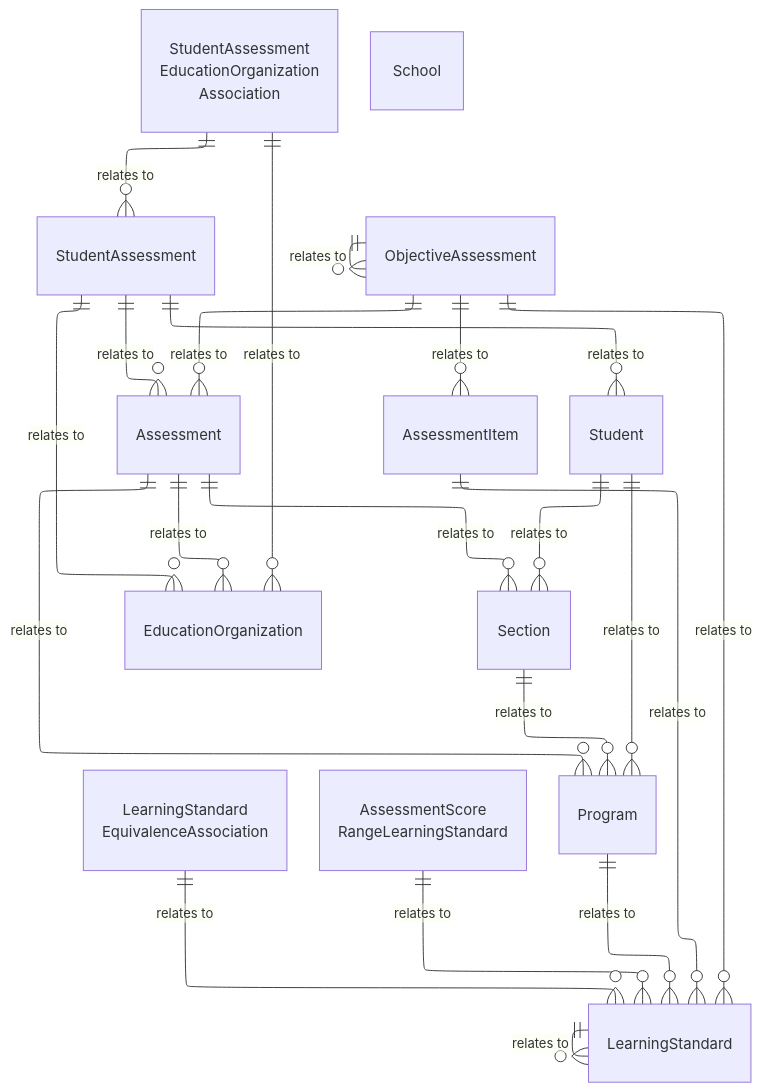
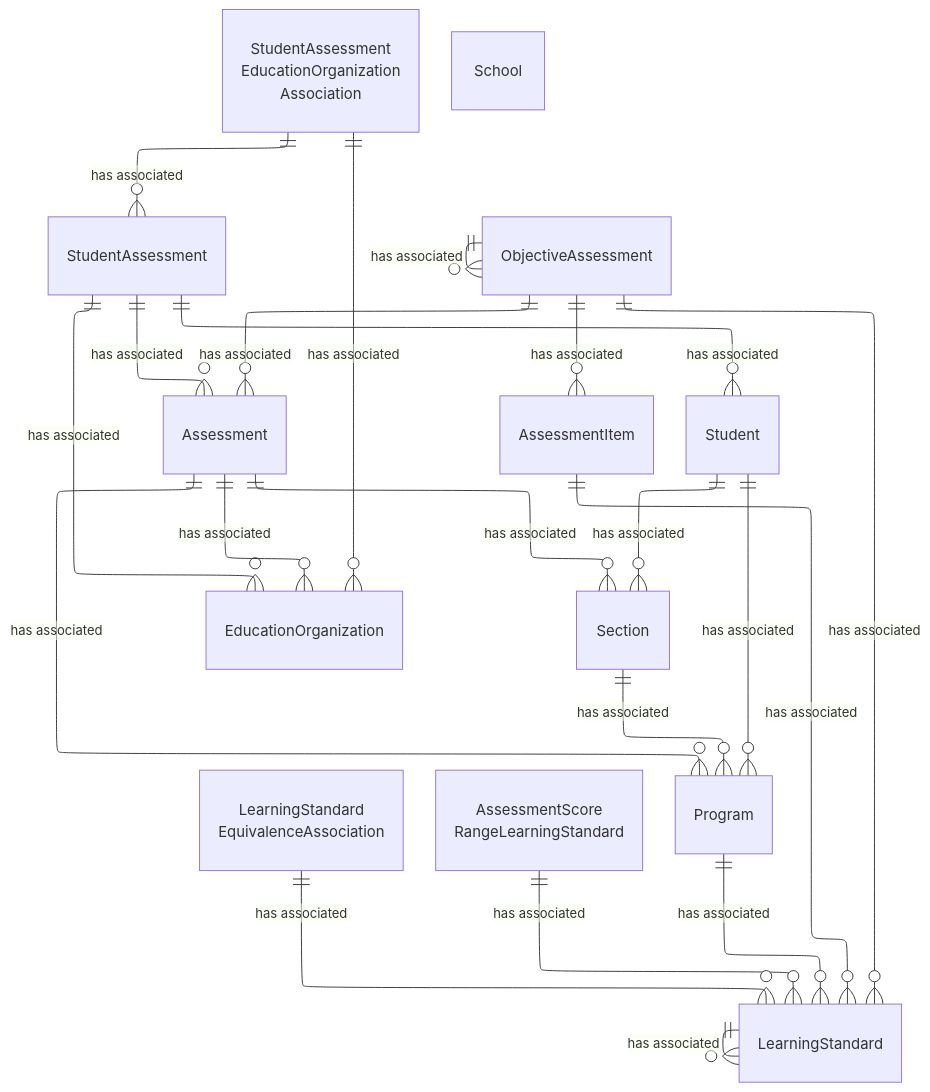
The first of 4 diagrams in dataStandard_versioned_docs/version-6/model-reference/assessment-domain/model-diagrams.md (Ed-Fi-Alliance-OSS/ed-fi-alliance-oss.github.io), drawn with Mermaid before and after one commit. The commit also changed other lines of this file and 24 other files, not shown here.

````diff
--- a/dataStandard_versioned_docs/version-6/model-reference/assessment-domain/model-diagrams.md
+++ b/dataStandard_versioned_docs/version-6/model-reference/assessment-domain/model-diagrams.md
@@ -13,53 +13,53 @@
 ```mermaid
 ---
 config:
   layout: elk
 ---
 erDiagram
     Assessment {
     }
     StudentAssessment {
     }
     ObjectiveAssessment {
     }
     AssessmentItem {
     }
     LearningStandard {
     }
     LearningStandardEquivalenceAssociation["LearningStandard<br/>EquivalenceAssociation"] {
     }
     AssessmentScoreRangeLearningStandard["AssessmentScore<br/>RangeLearningStandard"] {
     }
     StudentAssessmentEducationOrganizationAssociation["StudentAssessment<br/>EducationOrganization<br/>Association"] {
     }
     Student {
     }
     EducationOrganization {
     }
     Section {
     }
     Program {
     }
     School {
     }
-    StudentAssessment ||--o{ Student : "relates to"
-    StudentAssessment ||--o{ Assessment : "relates to"
-    StudentAssessment ||--o{ EducationOrganization : "relates to"
-    StudentAssessmentEducationOrganizationAssociation ||--o{ StudentAssessment : "relates to"
-    StudentAssessmentEducationOrganizationAssociation ||--o{ EducationOrganization : "relates to"
-    Assessment ||--o{ EducationOrganization : "relates to"
-    Assessment ||--o{ Section : "relates to"
-    Assessment ||--o{ Program : "relates to"
-    ObjectiveAssessment ||--o{ Assessment : "relates to"
-    ObjectiveAssessment ||--o{ ObjectiveAssessment : "relates to"
-    ObjectiveAssessment ||--o{ AssessmentItem : "relates to"
-    ObjectiveAssessment ||--o{ LearningStandard : "relates to"
-    AssessmentItem ||--o{ LearningStandard : "relates to"
-    AssessmentScoreRangeLearningStandard ||--o{ LearningStandard : "relates to"
-    LearningStandardEquivalenceAssociation ||--o{ LearningStandard : "relates to"
-    LearningStandard ||--o{ LearningStandard : "relates to"
-    Program ||--o{ LearningStandard : "relates to"
-    Section ||--o{ Program : "relates to"
-    Student ||--o{ Section : "relates to"
-    Student ||--o{ Program : "relates to"
+    StudentAssessment ||--o{ Student : "has associated"
+    StudentAssessment ||--o{ Assessment : "has associated"
+    StudentAssessment ||--o{ EducationOrganization : "has associated"
+    StudentAssessmentEducationOrganizationAssociation ||--o{ StudentAssessment : "has associated"
+    StudentAssessmentEducationOrganizationAssociation ||--o{ EducationOrganization : "has associated"
+    Assessment ||--o{ EducationOrganization : "has associated"
+    Assessment ||--o{ Section : "has associated"
+    Assessment ||--o{ Program : "has associated"
+    ObjectiveAssessment ||--o{ Assessment : "has associated"
+    ObjectiveAssessment ||--o{ ObjectiveAssessment : "has associated"
+    ObjectiveAssessment ||--o{ AssessmentItem : "has associated"
+    ObjectiveAssessment ||--o{ LearningStandard : "has associated"
+    AssessmentItem ||--o{ LearningStandard : "has associated"
+    AssessmentScoreRangeLearningStandard ||--o{ LearningStandard : "has associated"
+    LearningStandardEquivalenceAssociation ||--o{ LearningStandard : "has associated"
+    LearningStandard ||--o{ LearningStandard : "has associated"
+    Program ||--o{ LearningStandard : "has associated"
+    Section ||--o{ Program : "has associated"
+    Student ||--o{ Section : "has associated"
+    Student ||--o{ Program : "has associated"
 ```
````
